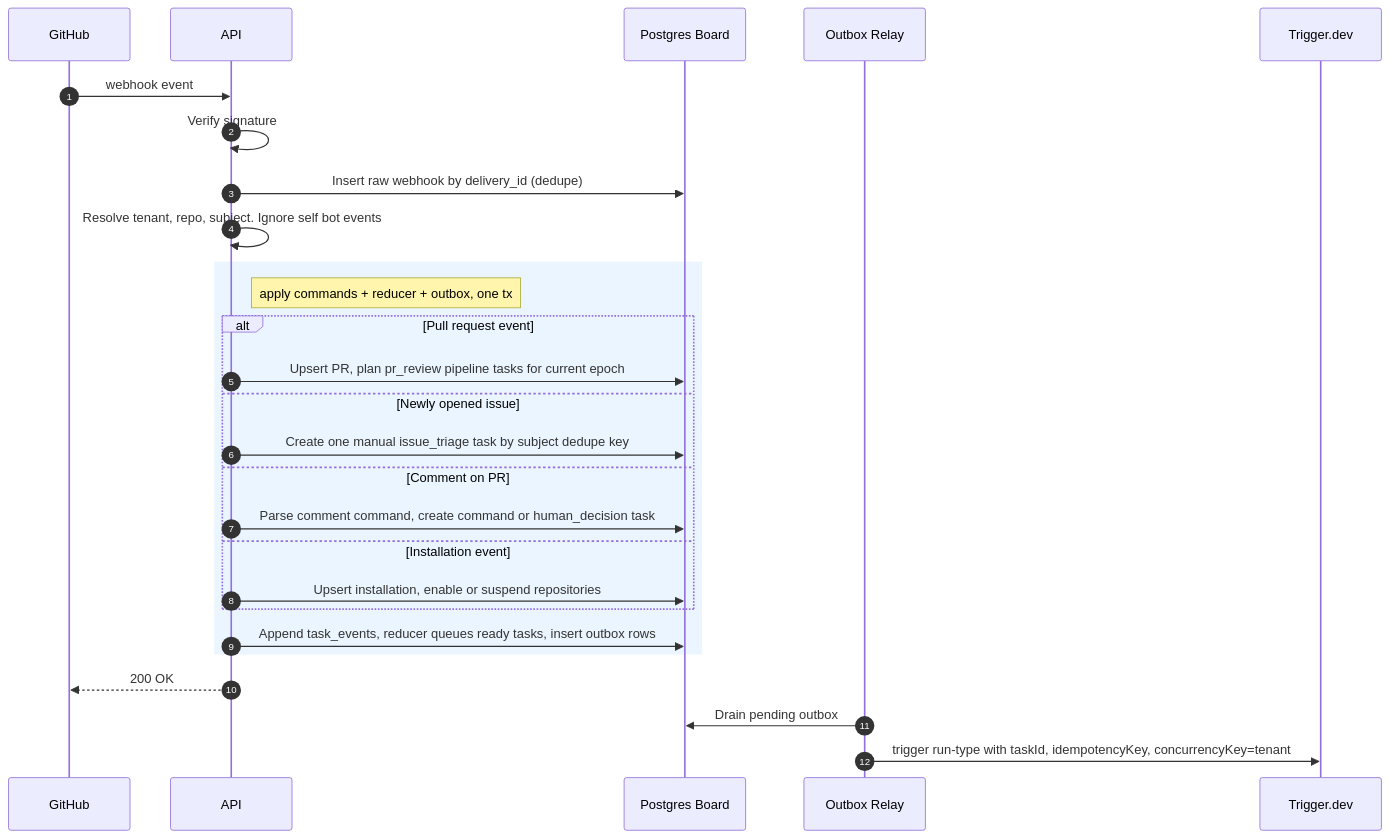
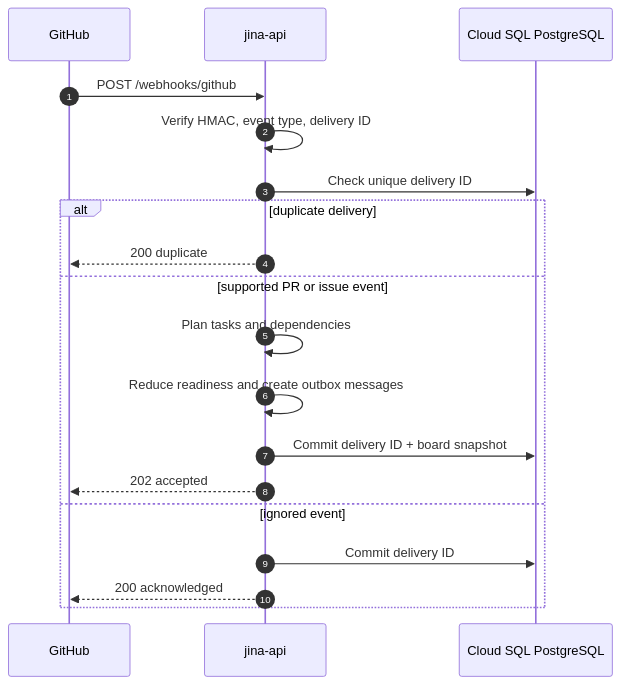
The first of 5 diagrams in docs/SEQUENCE_DIAGRAM.md (keon/jina-context-wiki-e2e-20260808), drawn with Mermaid before and after one commit. The commit also changed other lines of this file and 7 other files, not shown here.

Commit message:
Align documentation with deployed architecture

````diff
--- a/docs/SEQUENCE_DIAGRAM.md
+++ b/docs/SEQUENCE_DIAGRAM.md
@@ -18,29 +9,22 @@
 ```mermaid
 sequenceDiagram
     autonumber
     participant GitHub
-    participant API
-    participant Board as Postgres Board
-    participant Relay as Outbox Relay
-    participant Trigger as Trigger.dev
-    GitHub->>API: webhook event
-    API->>API: Verify signature
-    API->>Board: Insert raw webhook by delivery_id (dedupe)
-    API->>API: Resolve tenant, repo, subject. Ignore self bot events
-    rect rgb(235,245,255)
-    note right of API: apply commands + reducer + outbox, one tx
-    alt Pull request event
-        API->>Board: Upsert PR, plan pr_review pipeline tasks for current epoch
-    else Newly opened issue
-        API->>Board: Create one manual issue_triage task by subject dedupe key
-    else Comment on PR
-        API->>Board: Parse comment command, create command or human_decision task
-    else Installation event
-        API->>Board: Upsert installation, enable or suspend repositories
+    participant API as jina-api
+    participant DB as Cloud SQL PostgreSQL
+
+    GitHub->>API: POST /webhooks/github
+    API->>API: Verify HMAC, event type, delivery ID
+    API->>DB: Check unique delivery ID
+    alt duplicate delivery
+        API-->>GitHub: 200 duplicate
+    else supported PR or issue event
+        API->>API: Plan tasks and dependencies
+        API->>API: Reduce readiness and create outbox messages
+        API->>DB: Commit delivery ID + board snapshot
+        API-->>GitHub: 202 accepted
+    else ignored event
+        API->>DB: Commit delivery ID
+        API-->>GitHub: 200 acknowledged
     end
-    API->>Board: Append task_events, reducer queues ready tasks, insert outbox rows
-    end
-    API-->>GitHub: 200 OK
-    Relay->>Board: Drain pending outbox
-    Relay->>Trigger: trigger run-type with taskId, idempotencyKey, concurrencyKey=tenant
 ```
````
